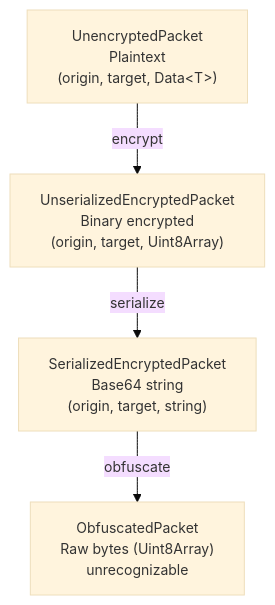
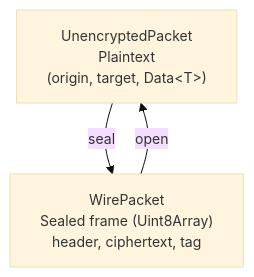
One commit to AndrewRedican/hyperfrontend changed the fifth of 8 diagrams in libs/network-protocol/ARCHITECTURE.md. Above: the diagram before and after it, drawn with Mermaid. The commit also changed other lines of this file and 28 other files, not shown here.

````diff
--- a/libs/network-protocol/ARCHITECTURE.md
+++ b/libs/network-protocol/ARCHITECTURE.md
@@ -293,17 +438,14 @@
 ```mermaid
 ---
 config:
   theme: base
   themeVariables:
     fontSize: 14px
 ---
 flowchart TB
     A["UnencryptedPacket<br/>Plaintext<br/>(origin, target, Data&lt;T&gt;)"]
-    B["UnserializedEncryptedPacket<br/>Binary encrypted<br/>(origin, target, Uint8Array)"]
-    C["SerializedEncryptedPacket<br/>Base64 string<br/>(origin, target, string)"]
-    D["ObfuscatedPacket<br/>Raw bytes (Uint8Array)<br/>unrecognizable"]
+    B["WirePacket<br/>Sealed frame (Uint8Array)<br/>header, ciphertext, tag"]
 
-    A -->|encrypt| B
-    B -->|serialize| C
-    C -->|obfuscate| D
+    A -->|seal| B
+    B -->|open| A
 ```
````
